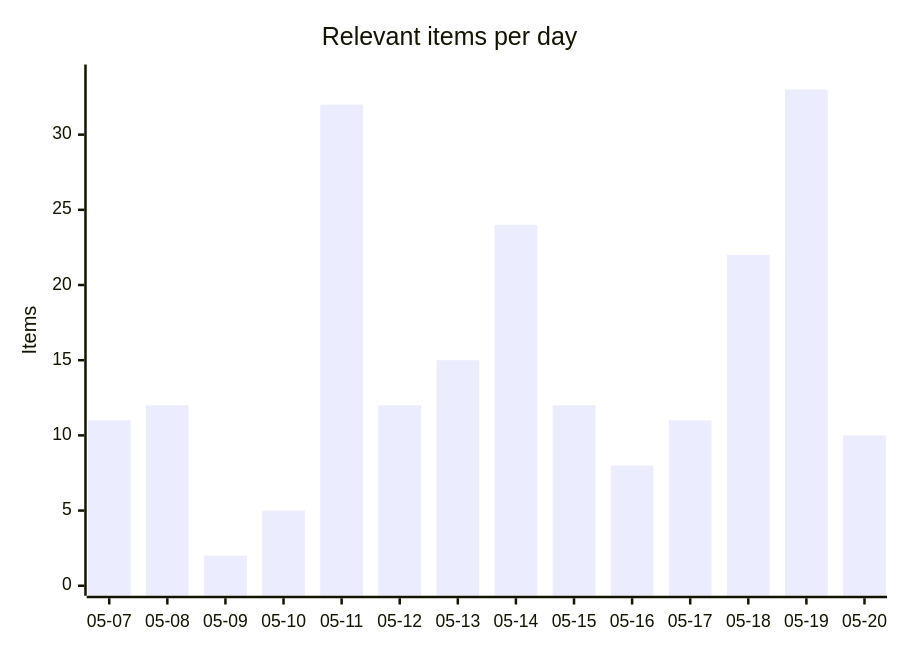
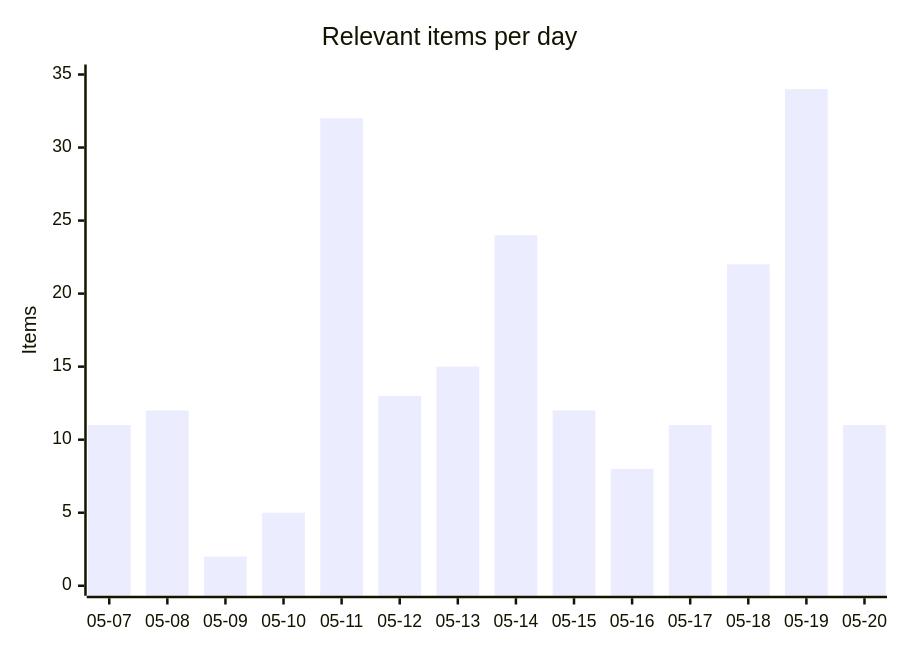
Before and after one commit to martinbalfanz/social-scanner-reports: the first of 4 diagrams in README.md, drawn with Mermaid. The commit also changed other lines of this file and 6 other files, not shown here.

````diff
--- a/README.md
+++ b/README.md
@@ -30,7 +30,7 @@
 ```mermaid
 xychart-beta
     title "Relevant items per day"
     x-axis ["05-07", "05-08", "05-09", "05-10", "05-11", "05-12", "05-13", "05-14", "05-15", "05-16", "05-17", "05-18", "05-19", "05-20"]
-    y-axis "Items" 0 --> 34
-    bar [11, 12, 2, 5, 32, 12, 15, 24, 12, 8, 11, 22, 33, 10]
+    y-axis "Items" 0 --> 35
+    bar [11, 12, 2, 5, 32, 13, 15, 24, 12, 8, 11, 22, 34, 11]
 ```
````
